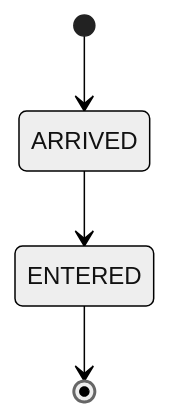
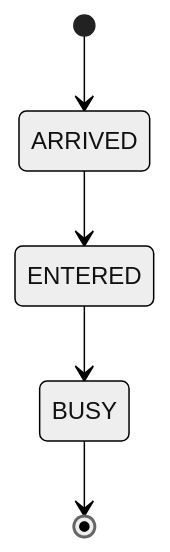
Before and after one commit to bpmn-os/bpmnos-engine: the first of 2 diagrams in docs/md/token_flow_logic_eventbased_gateways.md, drawn with Mermaid (neutral theme). The commit also changed 1 other file, not shown here.

```diff
--- a/docs/md/token_flow_logic_eventbased_gateways.md
+++ b/docs/md/token_flow_logic_eventbased_gateways.md
@@ -8,6 +8,7 @@
 <pre class="mermaid">
 stateDiagram-v2
     [*] --> ARRIVED
     ARRIVED --> ENTERED
-    ENTERED --> [*]
+    ENTERED --> BUSY
+    BUSY --> [*]
 </pre>
```
